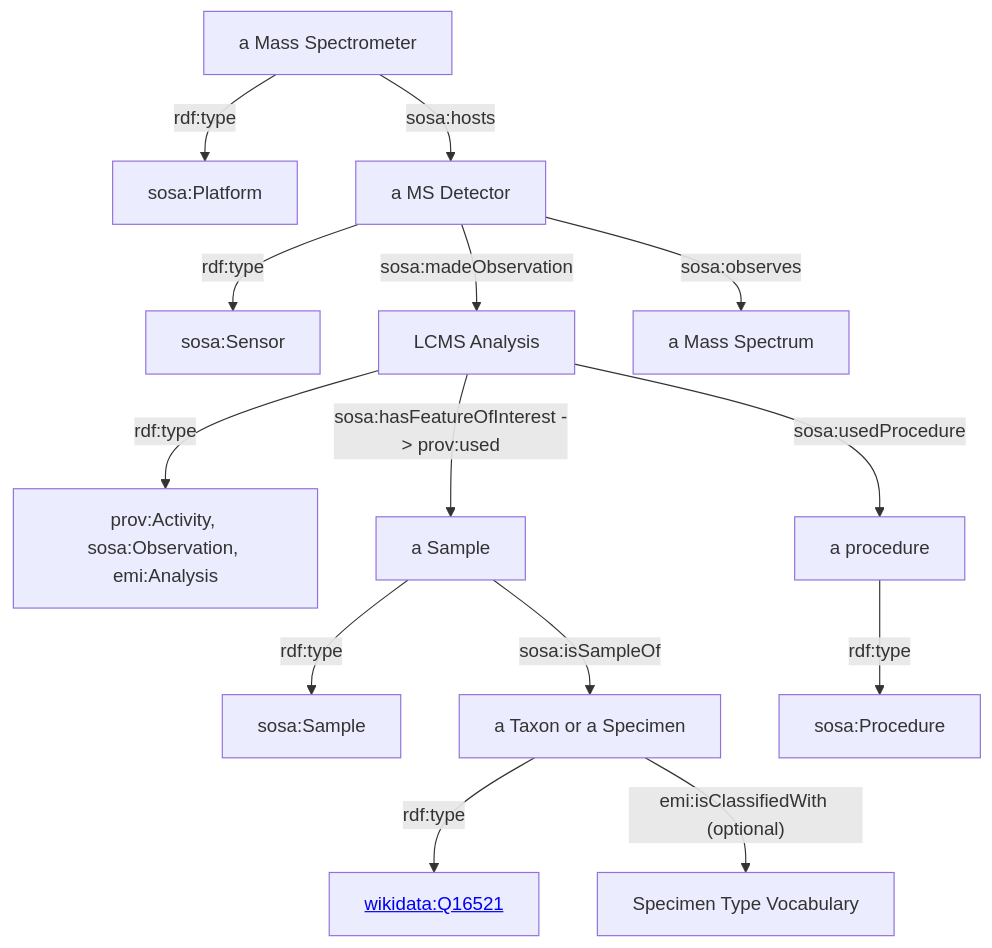
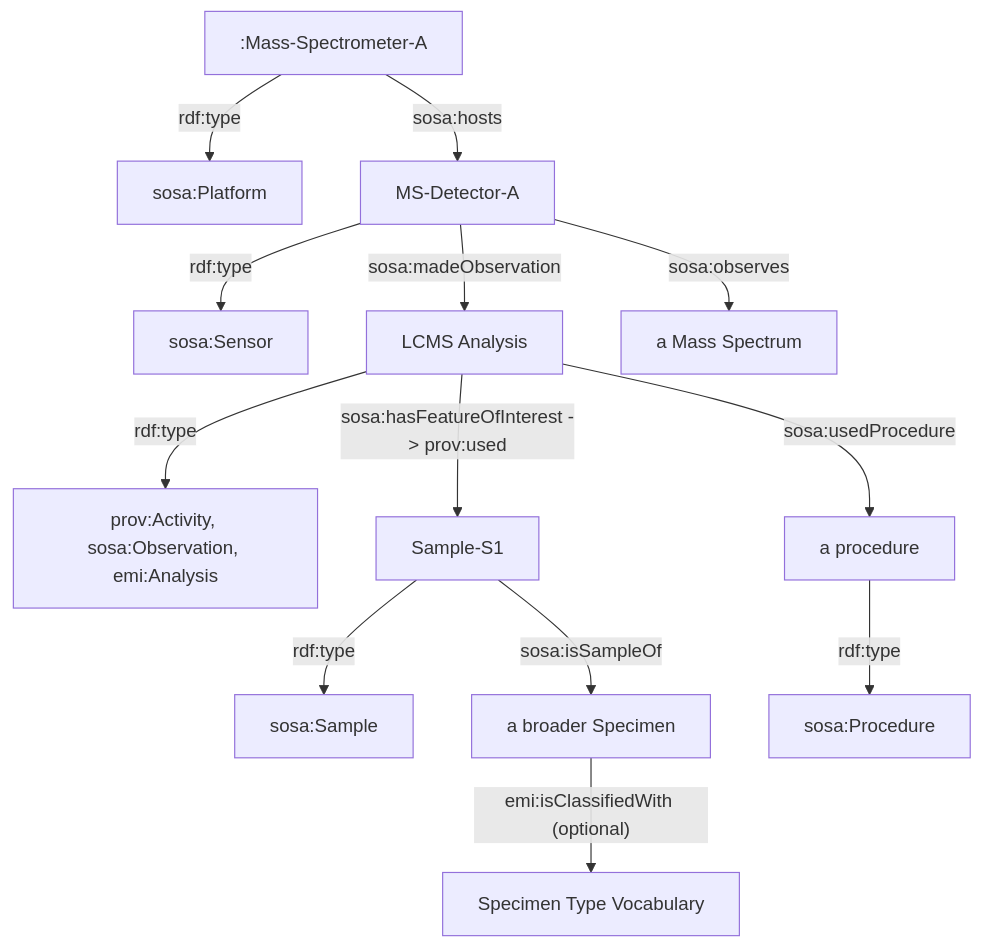
The first of 2 diagrams in README.md (digital-botanical-gardens-initiative/earth_metabolome_ontology), drawn with Mermaid before and after one commit. The commit also changed other lines of this file, not shown here.

````diff
--- a/README.md
+++ b/README.md
@@ -30,18 +30,17 @@
 ```mermaid
 graph TD
-		d["a Mass Spectrometer"]-->|rdf:type|sosa:Platform
-		d-->|sosa:hosts|d2["a MS Detector"]
+		d[":Mass-Spectrometer-A"]-->|rdf:type|sosa:Platform
+		d-->|sosa:hosts|d2["MS-Detector-A"]
 		d2-->|rdf:type|sosa:Sensor
 		d2-->|sosa:madeObservation|oo["LCMS Analysis"]
         d2-->|sosa:observes|pp["a Mass Spectrum"]
         oo-->|rdf:type|a["prov:Activity, sosa:Observation, emi:Analysis"]
-        oo-->|"sosa:hasFeatureOfInterest -> prov:used"|s["a Sample"]
+        oo-->|"sosa:hasFeatureOfInterest -> prov:used"|s["Sample-S1"]
         s-->|rdf:type|sosa:Sample
-        s-->|sosa:isSampleOf|t["a Taxon or a Specimen"]
-        t-->|rdf:type|w["<a href=http://www.wikidata.org/entity/Q16521>wikidata:Q16521</a>"]
+        s-->|sosa:isSampleOf|t["a broader Specimen"]
         t-->|"emi:isClassifiedWith (optional)"|w2["Specimen Type Vocabulary"]
         oo-->|sosa:usedProcedure|proc["a procedure"]
         proc-->|rdf:type|sosa:Procedure
         
 
 ```
````
